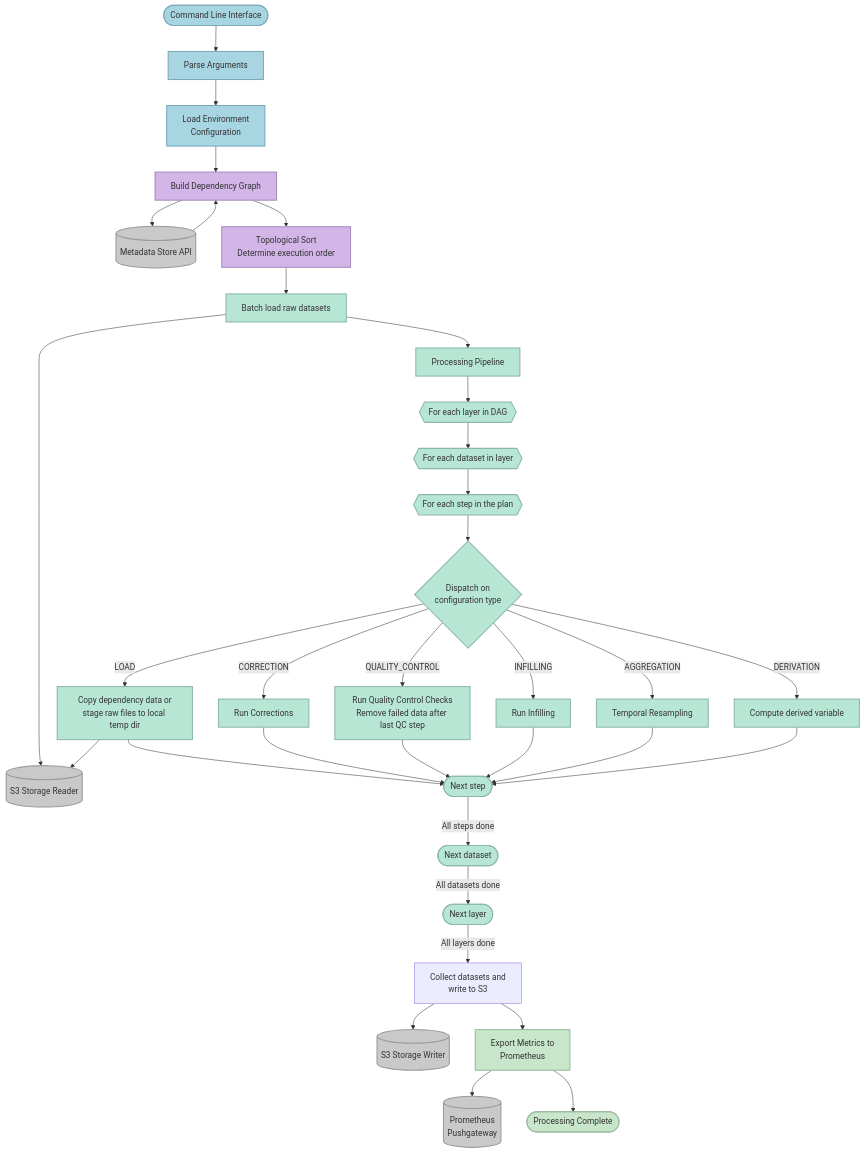
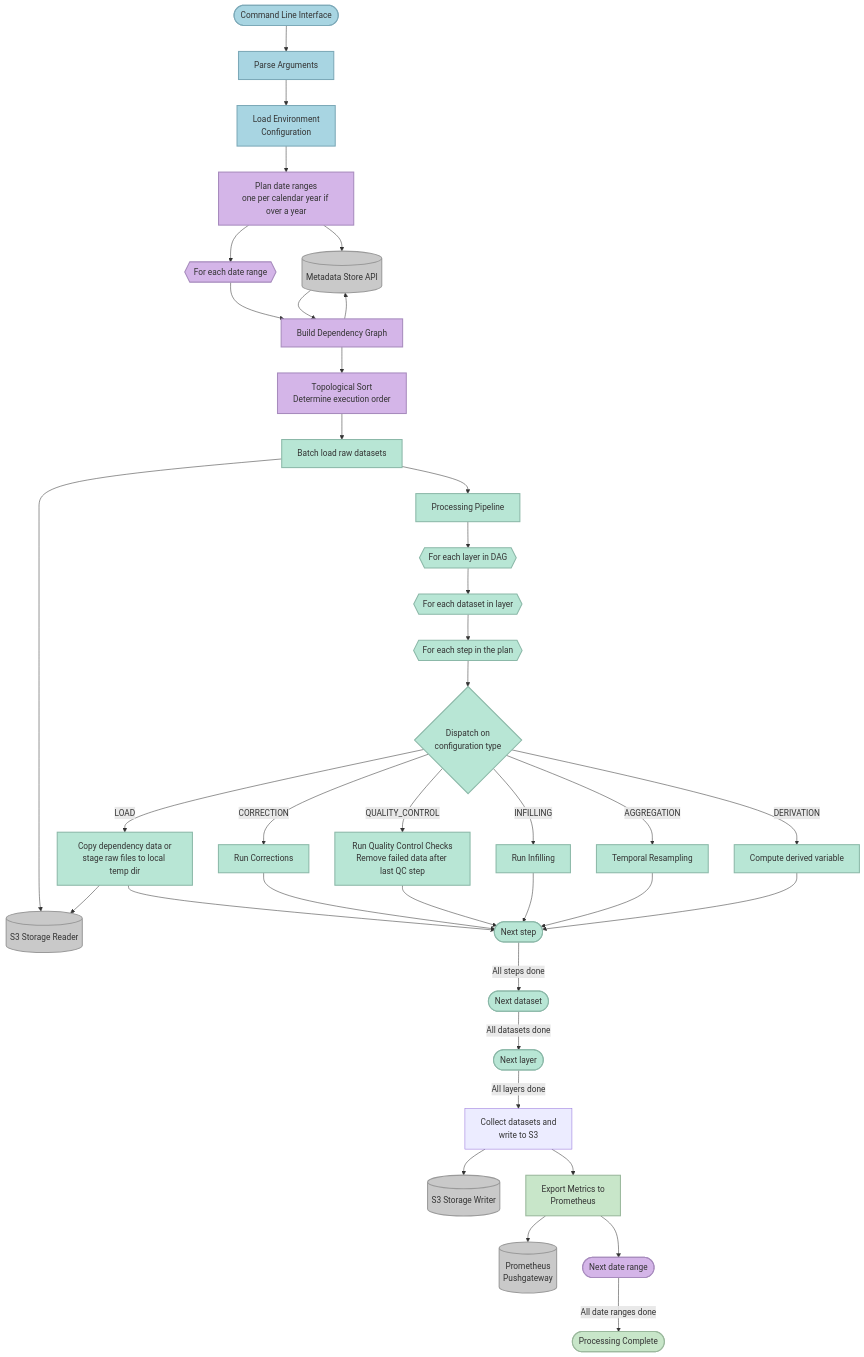
The first of 2 diagrams in docs/architecture.md (NERC-CEH/dri-timeseries-processor), drawn with Mermaid before and after one commit. The commit also changed other lines of this file and 2 other files, not shown here.

````diff
--- a/docs/architecture.md
+++ b/docs/architecture.md
@@ -9,64 +9,68 @@
 ```mermaid
 flowchart TD
 Start([Command Line Interface]) --> Parse[Parse Arguments]
 Parse --> LoadConfig[Load Environment<br />Configuration]
 
-LoadConfig --> BuildDAG[Build Dependency Graph]
-BuildDAG --> MetaAPI[(Metadata Store API)]
+LoadConfig --> Plan[Plan date ranges<br/>one per calendar year if over a year]
+Plan --> MetaAPI[(Metadata Store API)]
+Plan --> StartRange{{For each date range}}
+StartRange --> BuildDAG[Build Dependency Graph]
+BuildDAG --> MetaAPI
 MetaAPI --> BuildDAG
 BuildDAG --> TopoSort[Topological Sort<br/>Determine execution order]
 
 TopoSort --> BatchLoad[Batch load raw datasets]
 BatchLoad --> S3Reader[(S3 Storage Reader)]
 
 BatchLoad --> Pipeline[Processing Pipeline]
 Pipeline --> StartLayer{{For each layer in DAG}}
 StartLayer --> StartProc{{For each dataset in layer}}
 StartProc --> StartStep{{For each step in the plan}}
 StartStep --> CheckType{Dispatch on<br/>configuration type}
 
 CheckType -->|LOAD| RunLoad[Copy dependency data or<br/>stage raw files to local temp dir]
 RunLoad --> S3Reader
 RunLoad --> NextStep
 
 CheckType -->|CORRECTION| RunCorr[Run Corrections]
 RunCorr --> NextStep
 
 CheckType -->|QUALITY_CONTROL| RunQC[Run Quality Control Checks<br/>Remove failed data after last QC step]
 RunQC --> NextStep
 
 CheckType -->|INFILLING| RunInfill[Run Infilling]
 RunInfill --> NextStep
 
 CheckType -->|AGGREGATION| Resample[Temporal Resampling]
 Resample --> NextStep
 
 CheckType -->|DERIVATION| Compute[Compute derived variable]
 Compute --> NextStep
 
 NextStep([Next step])
 NextStep -->|All steps done| NextDataset
 
 NextDataset([Next dataset])
 NextDataset -->|All datasets done| NextLayer
 
 NextLayer([Next layer])
 NextLayer -->|All layers done| SaveDatasets[Collect datasets and<br />write to S3]
 
 SaveDatasets --> S3Writer[(S3 Storage Writer)]
 SaveDatasets --> ExportMetrics[Export Metrics to<br />Prometheus]
 ExportMetrics --> PrometheusGW[(Prometheus<br/>Pushgateway)]
-ExportMetrics --> Done([Processing Complete])
+ExportMetrics --> NextRange([Next date range])
+NextRange -->|All date ranges done| Done([Processing Complete])
 
 classDef setup fill:#A8D5E2,stroke:#7CA9B8,stroke-width:2px
 classDef orchestration fill:#D4B5E8,stroke:#A78BBD,stroke-width:2px
 classDef processing fill:#B8E6D5,stroke:#8BB8A8,stroke-width:2px
 classDef storage fill:#C9C9C9,stroke:#9A9A9A,stroke-width:2px
 classDef completion fill:#C8E6C9,stroke:#9AB89C,stroke-width:2px
 
 class Start,Parse,LoadConfig setup
-class BuildDAG,TopoSort orchestration
+class Plan,StartRange,NextRange,BuildDAG,TopoSort orchestration
 class Pipeline,CheckType,StartLayer,StartProc,StartStep,BatchLoad,RunLoad,RunCorr,RunQC,RunInfill,Resample,Compute,NextStep,NextDataset,NextLayer processing
 class MetaAPI,S3Reader,S3Writer,PrometheusGW storage
 class ExportMetrics,Done completion
 ```
````
